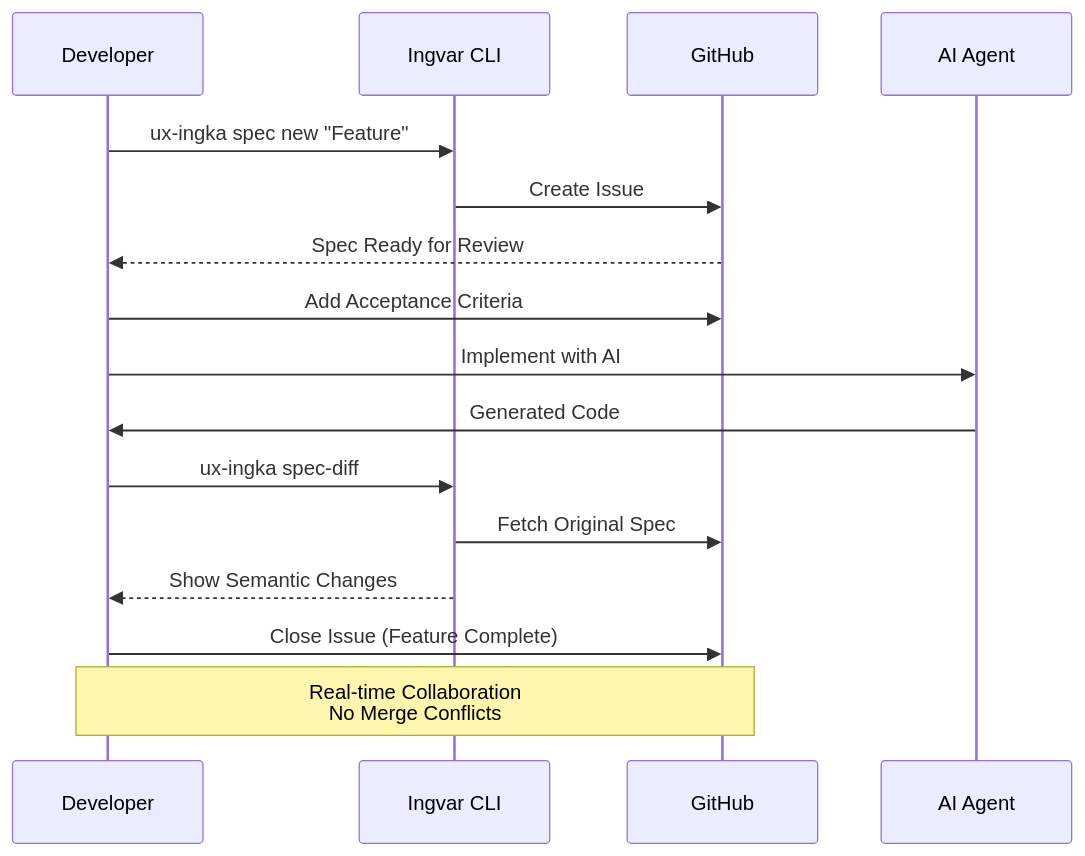
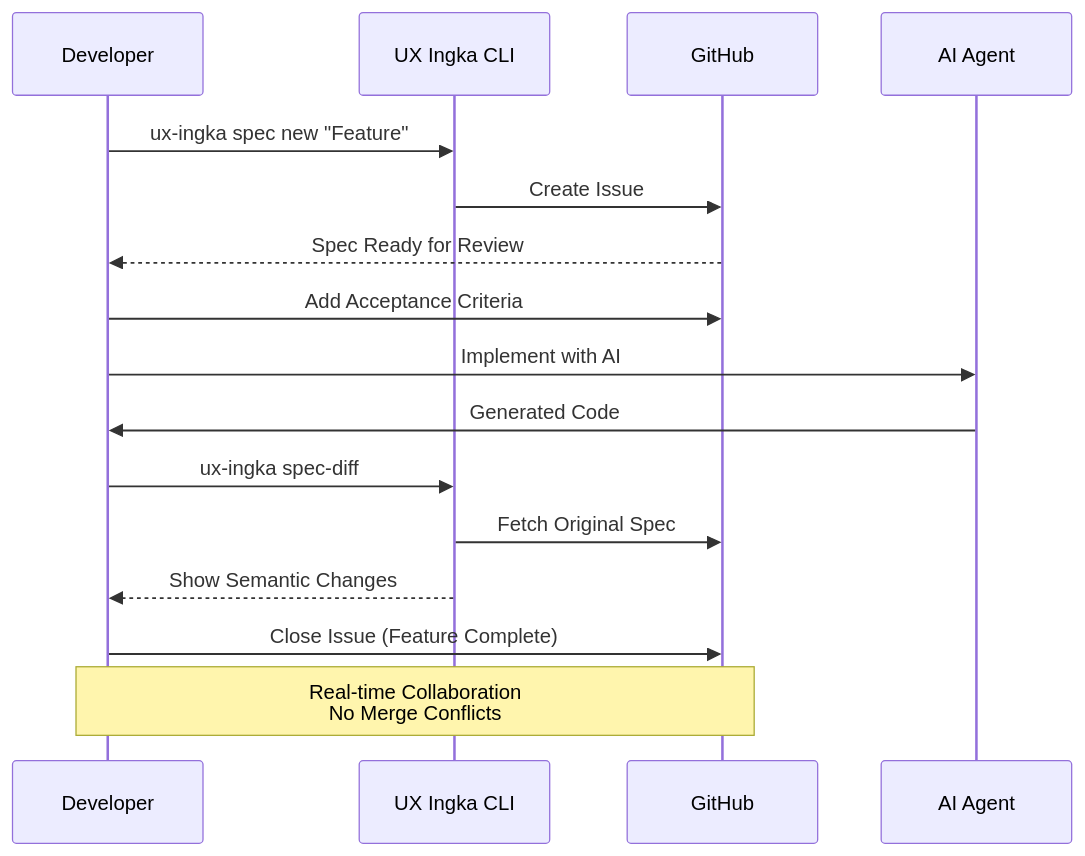
Before and after one commit to leopagotto/ux-ingka-kit: the third of 4 diagrams in README.md, drawn with Mermaid. The commit also changed other lines of this file and 42 other files, not shown here.

First line of the commit message:
fix: rename INGVAR/Leo to UX Ingka Kit (#24)

````diff
--- a/README.md
+++ b/README.md
@@ -242,23 +243,23 @@
 ```mermaid
 sequenceDiagram
     participant Dev as Developer
-    participant CLI as Ingvar CLI
+    participant CLI as UX Ingka CLI
     participant GH as GitHub
     participant AI as AI Agent
 
     Dev->>CLI: ux-ingka spec new "Feature"
     CLI->>GH: Create Issue #42
     GH-->>Dev: Spec Ready for Review
 
     Dev->>GH: Add Acceptance Criteria
     Dev->>AI: Implement with AI
     AI->>Dev: Generated Code
 
     Dev->>CLI: ux-ingka spec-diff #42
     CLI->>GH: Fetch Original Spec
     CLI-->>Dev: Show Semantic Changes
 
     Dev->>GH: Close Issue (Feature Complete)
 
     Note over Dev,GH: Real-time Collaboration<br/>No Merge Conflicts
 ```
````
